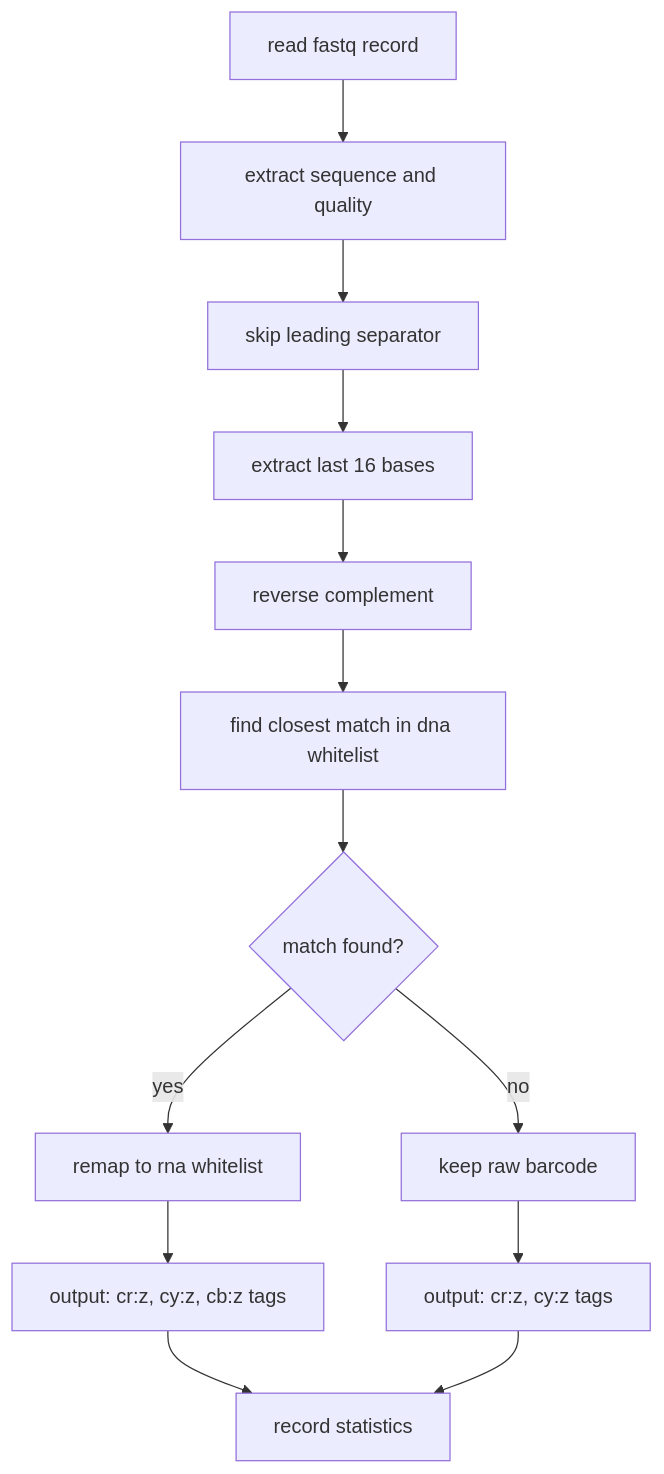
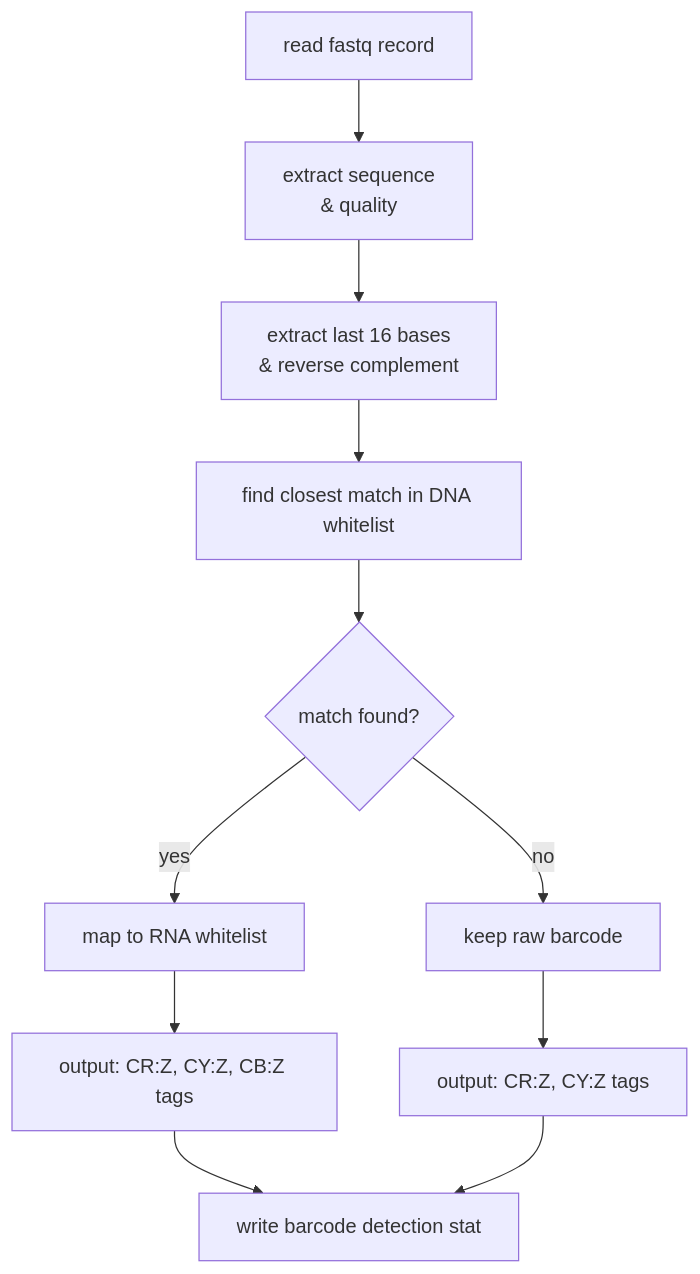
The diagram in README.md (xr-song/scmt_barcode_corrector), drawn with Mermaid before and after one commit. The commit also changed other lines of this file, not shown here.

````diff
--- a/README.md
+++ b/README.md
@@ -11,15 +9,13 @@
 ```mermaid
 flowchart TD
-    A["read fastq record"] --> B["extract sequence and quality"]
-    B --> C["skip leading separator"]
-    C --> D["extract last 16 bases"]
-    D --> E["reverse complement"]
-    E --> F["find closest match in dna whitelist"]
+    A["read fastq record"] --> B["extract sequence\n& quality"]
+    B --> D["extract last 16 bases\n& reverse complement"]
+    D --> F["find closest match in DNA whitelist"]
     F --> G{"match found?"}
-    G -->|yes| H["remap to rna whitelist"]
+    G -->|yes| H["map to RNA whitelist"]
     G -->|no| I["keep raw barcode"]
-    H --> J["output: cr:z, cy:z, cb:z tags"]
-    I --> K["output: cr:z, cy:z tags"]
-    J --> L["record statistics"]
+    H --> J["output: CR:Z, CY:Z, CB:Z tags"]
+    I --> K["output: CR:Z, CY:Z tags"]
+    J --> L["write barcode detection stat"]
     K --> L
 ```
````
